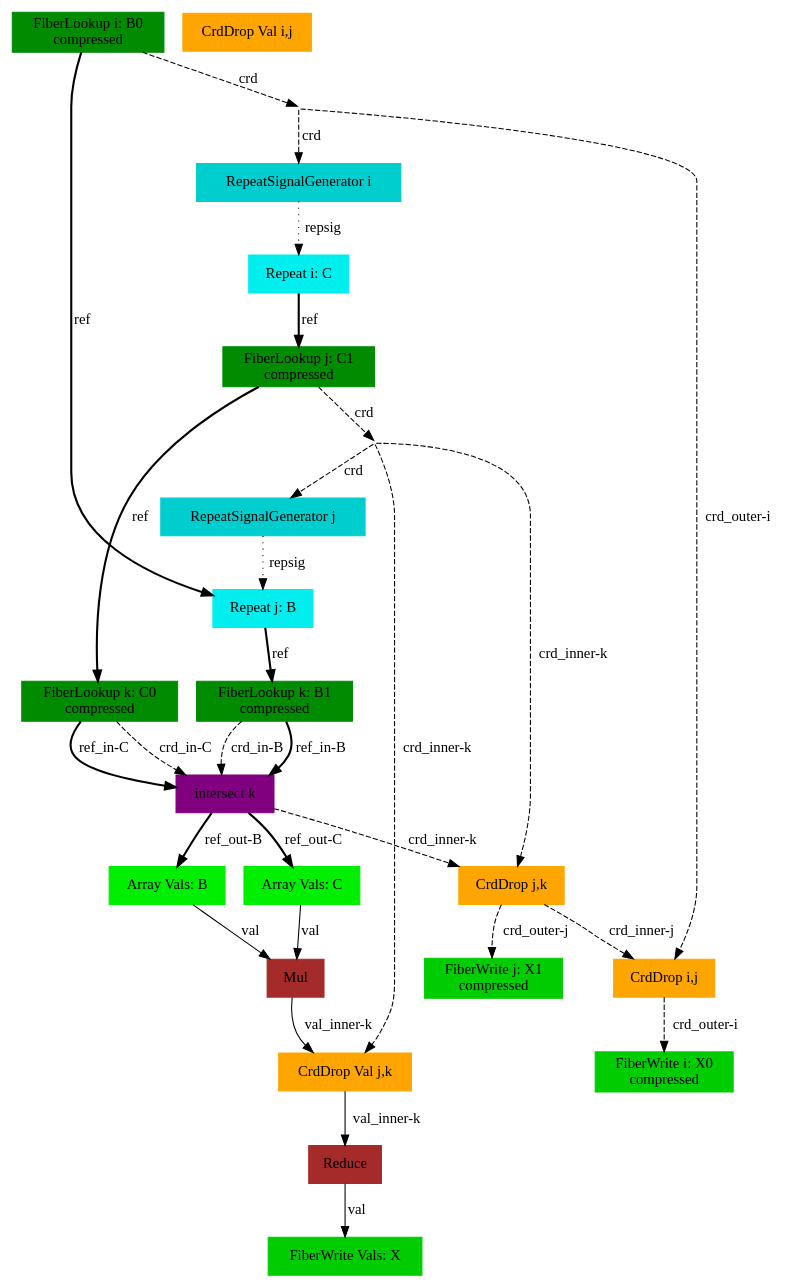
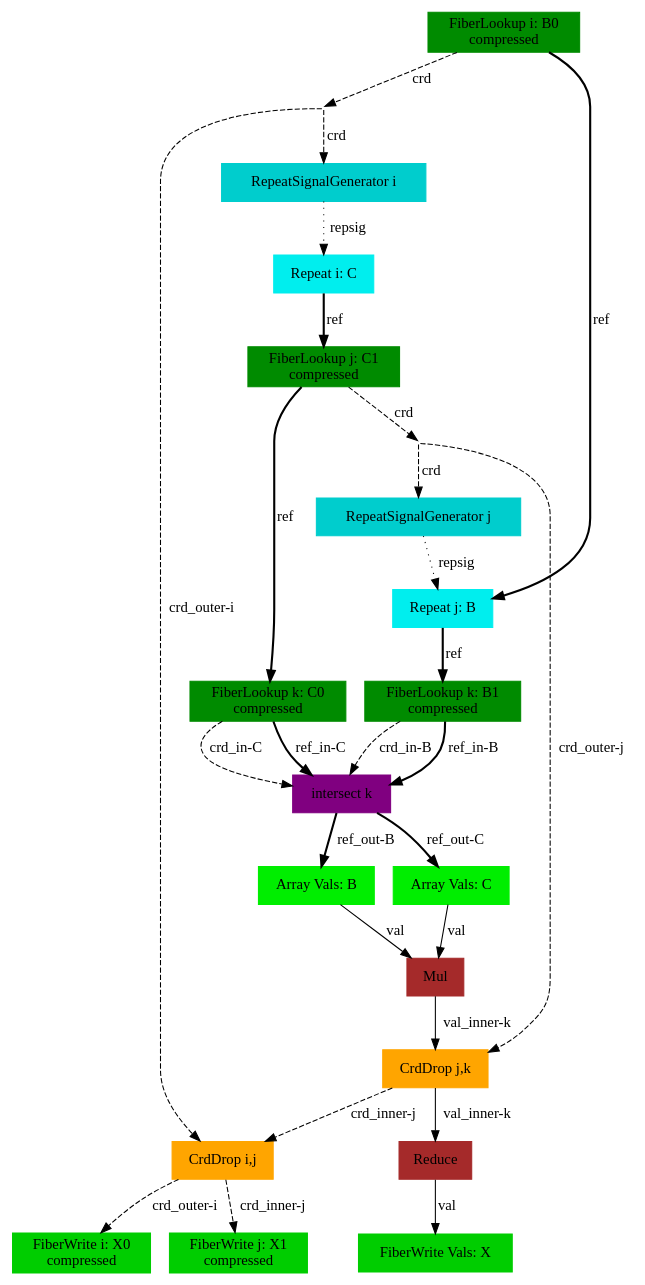
Before and after one commit to weiya711/sam: the diagram in compiler/sam-outputs/onyx-dot/matmul_ijk_crddrop.gv, drawn with Graphviz.

Commit message:
Update sam graph for matmul

```diff
--- a/compiler/sam-outputs/onyx-dot/matmul_ijk_crddrop.gv
+++ b/compiler/sam-outputs/onyx-dot/matmul_ijk_crddrop.gv
@@ -1,60 +1,55 @@
 digraph SAM {
     comment="X=ss01,B=ss01,C=ss10"
     17 [comment="type=fiberlookup,index=i,tensor=B,mode=0,format=compressed,src=true,root=true" label="FiberLookup i: B0\ncompressed" color=green4 shape=box style=filled type="fiberlookup" index="i" tensor="B" mode="0" format="compressed" src="true" root="true"]
     16 [comment="type=broadcast" shape=point style=invis type="broadcast"]
     2 [comment="type=fiberwrite,index=i,tensor=X,mode=0,format=compressed,segsize=2,crdsize=B0_dim,sink=true" label="FiberWrite i: X0\ncompressed" color=green3 shape=box style=filled type="fiberwrite" index="i" tensor="X" mode="0" format="compressed" segsize="2" crdsize="B0_dim" sink="true"]
     15 [comment="type=repsiggen,index=i" label="RepeatSignalGenerator i" color=cyan3 shape=box style=filled type="repsiggen" index="i"]
     14 [comment="type=repeat,index=i,tensor=C,root=true" label="Repeat i: C" color=cyan2 shape=box style=filled type="repeat" index="i" tensor="C" root="true"]
     13 [comment="type=fiberlookup,index=j,tensor=C,mode=1,format=compressed,src=true,root=false" label="FiberLookup j: C1\ncompressed" color=green4 shape=box style=filled type="fiberlookup" index="j" tensor="C" mode="1" format="compressed" src="true" root="false"]
     12 [comment="type=broadcast" shape=point style=invis type="broadcast"]
     1 [comment="type=fiberwrite,index=j,tensor=X,mode=1,format=compressed,segsize=B0_dim+1,crdsize=B0_dim*C1_dim,sink=true" label="FiberWrite j: X1\ncompressed" color=green3 shape=box style=filled type="fiberwrite" index="j" tensor="X" mode="1" format="compressed" segsize="B0_dim+1" crdsize="B0_dim*C1_dim" sink="true"]
     11 [comment="type=repsiggen,index=j" label="RepeatSignalGenerator j" color=cyan3 shape=box style=filled type="repsiggen" index="j"]
     10 [comment="type=repeat,index=j,tensor=B,root=false" label="Repeat j: B" color=cyan2 shape=box style=filled type="repeat" index="j" tensor="B" root="false"]
     8 [comment="type=fiberlookup,index=k,tensor=B,mode=1,format=compressed,src=true,root=false" label="FiberLookup k: B1\ncompressed" color=green4 shape=box style=filled type="fiberlookup" index="k" tensor="B" mode="1" format="compressed" src="true" root="false"]
     7 [comment="type=intersect,index=k" label="intersect k" color=purple shape=box style=filled type="intersect" index="k"]
     5 [comment="type=arrayvals,tensor=B" label="Array Vals: B" color=green2 shape=box style=filled type="arrayvals" tensor="B"]
     4 [comment="type=mul" label="Mul" color=brown shape=box style=filled type="mul"]
     3 [comment="type=reduce" label="Reduce" color=brown shape=box style=filled type="reduce"]
     0 [comment="type=fiberwrite,mode=vals,tensor=X,size=1*B0_dim*C1_dim,sink=true" label="FiberWrite Vals: X" color=green3 shape=box style=filled type="fiberwrite" tensor="X" mode="vals" size="1*B0_dim*C1_dim" sink="true"]
     6 [comment="type=arrayvals,tensor=C" label="Array Vals: C" color=green2 shape=box style=filled type="arrayvals" tensor="C"]
     9 [comment="type=fiberlookup,index=k,tensor=C,mode=0,format=compressed,src=true,root=false" label="FiberLookup k: C0\ncompressed" color=green4 shape=box style=filled type="fiberlookup" index="k" tensor="C" mode="0" format="compressed" src="true" root="false"]
     18 [comment="type=crddrop,outer=i,inner=j" label="CrdDrop i,j" color=orange shape=box style=filled type="crddrop" outer="i" inner="j"]
     19 [comment="type=crddrop,outer=j,inner=k" label="CrdDrop j,k" color=orange shape=box style=filled type="crddrop" outer="j" inner="k"]
-    20 [comment="type=crddrop,outer=i,inner=j" label="CrdDrop Val i,j" color=orange shape=box style=filled type="crddrop" outer="i" inner="j"]
-    21 [comment="type=crddrop,outer=j,inner=k" label="CrdDrop Val j,k" color=orange shape=box style=filled type="crddrop" outer="j" inner="k"]
 
     17 -> 16 [label="crd" style=dashed type="crd" comment=""]
     # 16 -> 2 [label="crd" style=dashed type="crd"]
     16 -> 15 [label="crd" style=dashed type="crd"]
     15 -> 14 [label="repsig" style=dotted type="repsig"]
     14 -> 13 [label="ref" style=bold type="ref"]
     13 -> 12 [label="crd" style=dashed type="crd" comment=""]
     # 12 -> 1 [label="crd" style=dashed type="crd"]
     12 -> 11 [label="crd" style=dashed type="crd"]
     11 -> 10 [label="repsig" style=dotted type="repsig"]
     10 -> 8 [label="ref" style=bold type="ref"]
     8 -> 7 [label="crd_in-B" style=dashed type="crd" comment="in-B"]
     7 -> 5 [label="ref_out-B" style=bold type="ref" comment="out-B"]
     5 -> 4 [label="val" type="val"]
     # 4 -> 3 [label="val" type="val"]
     3 -> 0 [label="val" type="val"]
     7 -> 6 [label="ref_out-C" style=bold type="ref" comment="out-C"]
     6 -> 4 [label="val" type="val"]
     8 -> 7 [label="ref_in-B" style=bold type="ref" comment="in-B"]
     13 -> 9 [label="ref" style=bold type="ref" comment=""]
     9 -> 7 [label="crd_in-C" style=dashed type="crd" comment="in-C"]
     9 -> 7 [label="ref_in-C" style=bold type="ref" comment="in-C"]
     17 -> 10 [label="ref" style=bold type="ref" comment=""]
     
-    7 -> 19 [label="crd_inner-k" style=dashed type="crd" comment="inner-k"]
-    12 -> 19 [label="crd_inner-k" style=dashed type="crd" comment="outer-j"]
-    19 -> 1 [label="crd_outer-j" style=dashed type="crd" comment="outer-j"]
-    
+    4 -> 19 [label="val_inner-k" type="val" comment="inner-k"]
+    12 -> 19 [label="crd_outer-j" style=dashed type="crd" comment="outer-j"]
+    18 -> 1 [label="crd_inner-j" style=dashed type="crd" comment="inner-j"]
+    19 -> 3 [label="val_inner-k" type="val" comment="inner-k"]
+
     19 -> 18 [label="crd_inner-j" style=dashed type="crd" comment="inner-j"] 
     16 -> 18 [label="crd_outer-i" style=dashed type="crd" comment="outer-i"] 
     18 -> 2 [label="crd_outer-i" style=dashed type="crd" comment="outer-i"] 
-    
-    4 -> 21 [label="val_inner-k" type="val" comment="inner-k"]
-    12 -> 21 [label="crd_inner-k" style=dashed type="crd" comment="outer-j"]
-    21 -> 3 [label="val_inner-k" type="val" comment="inner-k"]
 }
```
